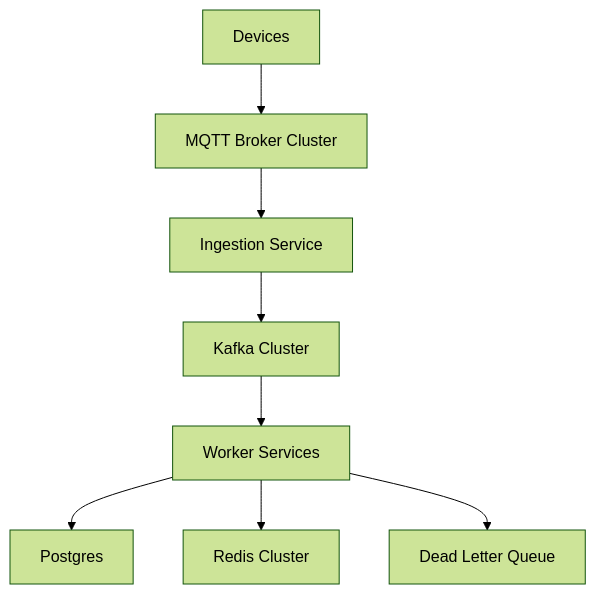
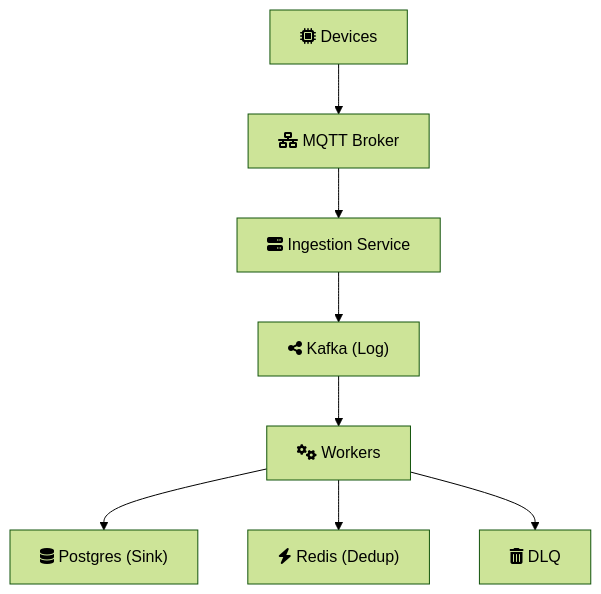
Before and after one commit to umeshror/iotflow-distributed-system: the first of 2 diagrams in README.md, drawn with Mermaid (forest theme). The commit also changed other lines of this file and 7 other files, not shown here.

````diff
--- a/README.md
+++ b/README.md
@@ -33,10 +36,10 @@
-```mermaid id="p8f0cl"
+```mermaid
 graph TD
-    A[Devices] --> B[MQTT Broker Cluster]
-    B --> C[Ingestion Service]
-    C --> D[Kafka Cluster]
-    D --> E[Worker Services]
-    E --> F[Postgres]
-    E --> G[Redis Cluster]
-    E --> H[Dead Letter Queue]
+    A["fa:fa-microchip Devices"] --> B["fa:fa-network-wired MQTT Broker"]
+    B --> C["fa:fa-server Ingestion Service"]
+    C --> D["fa:fa-share-nodes Kafka (Log)"]
+    D --> E["fa:fa-gears Workers"]
+    E --> F["fa:fa-database Postgres (Sink)"]
+    E --> G["fa:fa-bolt Redis (Dedup)"]
+    E --> H["fa:fa-trash-can DLQ"]
 ```
````
